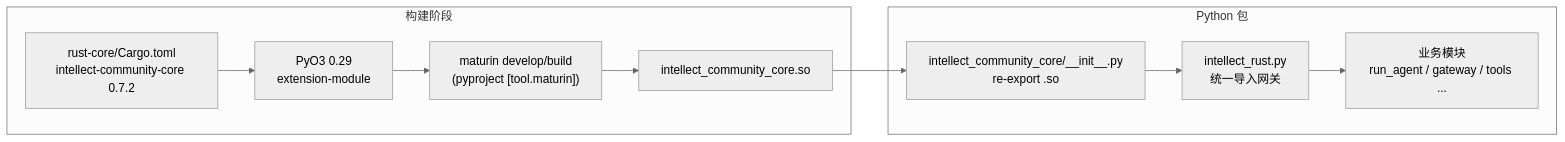
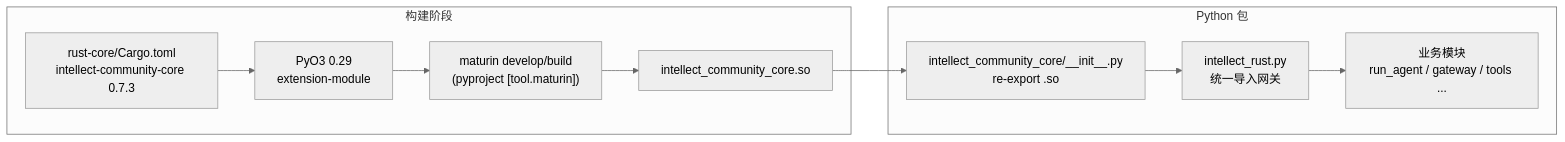
Before and after one commit to ontoweb-cn/intellect-agent: the first of 3 diagrams in docs/architecture/rust-python-interaction.md, drawn with Mermaid (neutral theme). The commit also changed other lines of this file and 6 other files, not shown here.

````diff
--- a/docs/architecture/rust-python-interaction.md
+++ b/docs/architecture/rust-python-interaction.md
@@ -65,18 +65,18 @@
 ```mermaid
 flowchart LR
     subgraph Build["构建阶段"]
-        Cargo["rust-core/Cargo.toml\nintellect-community-core 0.7.2"]
+        Cargo["rust-core/Cargo.toml\nintellect-community-core 0.7.3"]
         PyO3["PyO3 0.29\nextension-module"]
         Maturin["maturin develop/build\n(pyproject [tool.maturin])"]
         SO["intellect_community_core.so"]
     end
 
     subgraph PythonPkg["Python 包"]
         Init["intellect_community_core/__init__.py\nre-export .so"]
         Gate["intellect_rust.py\n统一导入网关"]
         App["业务模块\nrun_agent / gateway / tools ..."]
     end
 
     Cargo --> PyO3 --> Maturin --> SO
     SO --> Init --> Gate --> App
 ```
````
